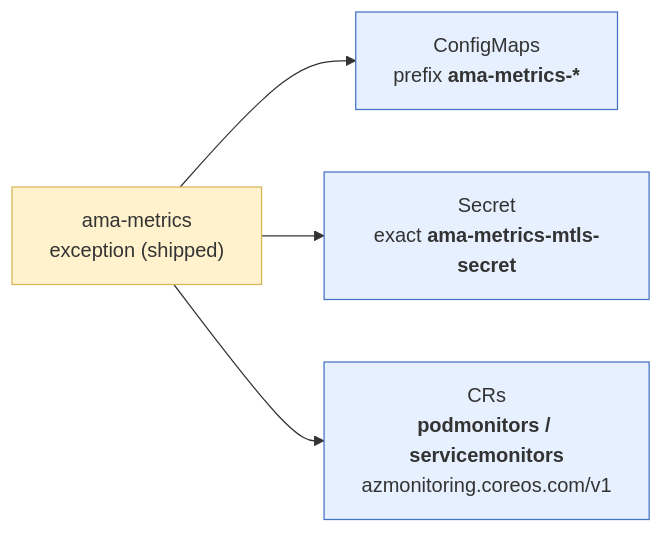
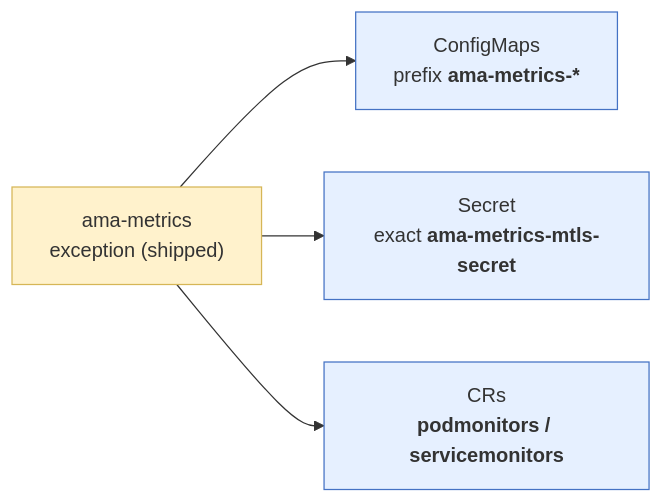
One commit to Azure/prometheus-collector changed the tenth of 12 diagrams in custom-ns/doc/automatic-investigation/aks-vap-demo-diagrams.md. Above: the diagram before and after it, drawn with Mermaid. The commit also changed other lines of this file, not shown here.

First line of the commit message:
docs(custom-ns): trim section 2/3/5 diagram labels; fix grammar in section 3 and 5

````diff
--- a/custom-ns/doc/automatic-investigation/aks-vap-demo-diagrams.md
+++ b/custom-ns/doc/automatic-investigation/aks-vap-demo-diagrams.md
@@ -230,11 +230,11 @@
 ```mermaid
 flowchart LR
     EX["ama-metrics<br/>exception (shipped)"] --> CM["ConfigMaps<br/>prefix <b>ama-metrics-*</b>"]
     EX --> SEC["Secret<br/>exact <b>ama-metrics-mtls-secret</b>"]
-    EX --> CR["CRs<br/><b>podmonitors / servicemonitors</b><br/>azmonitoring.coreos.com/v1"]
+    EX --> CR["CRs<br/><b>podmonitors / servicemonitors</b>"]
 
     style EX fill:#fff2cc,stroke:#d6b656
     style CM fill:#e6f0ff,stroke:#4472c4
     style SEC fill:#e6f0ff,stroke:#4472c4
     style CR fill:#e6f0ff,stroke:#4472c4
 ```
````
